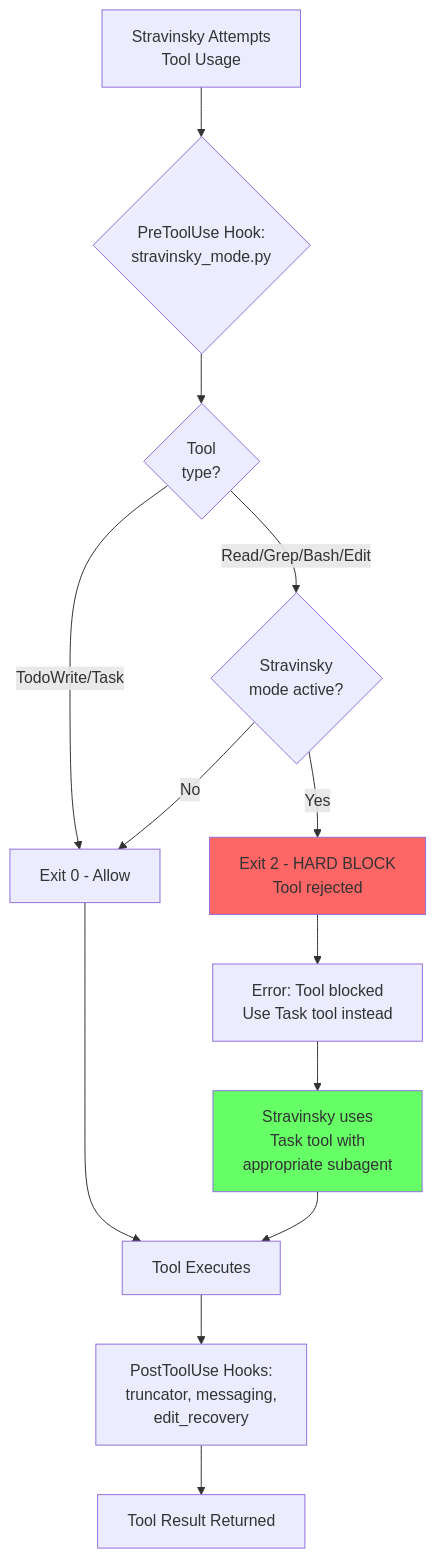
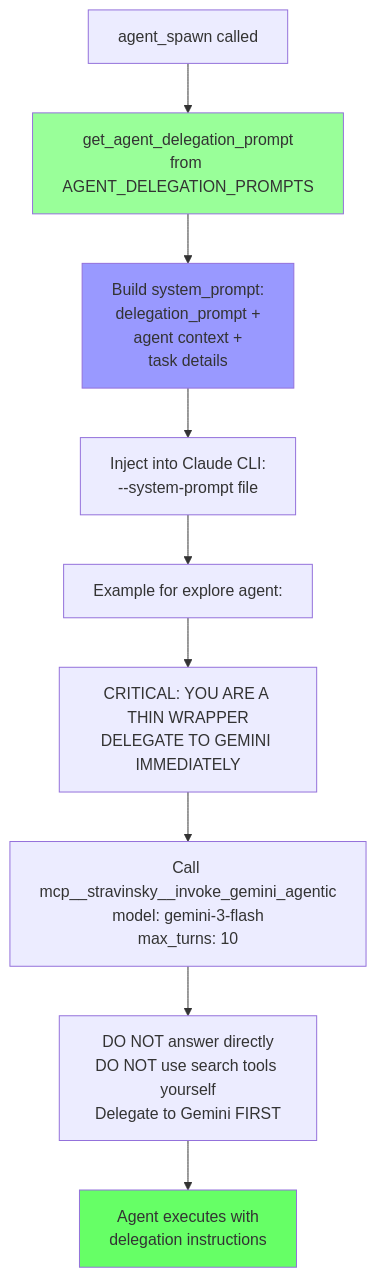
The fourth of 6 diagrams in docs/architecture/AGENT_WORKFLOW.md (GratefulDave/stravinsky), drawn with Mermaid before and after one commit. The commit also changed other lines of this file and 30 other files, not shown here.

First line of the commit message:
docs: comprehensive architecture documentation update for 7-Phase Orchestrator

````diff
--- a/docs/architecture/AGENT_WORKFLOW.md
+++ b/docs/architecture/AGENT_WORKFLOW.md
@@ -103,25 +143,20 @@
 ```mermaid
 flowchart TD
-    ToolAttempt[Stravinsky Attempts<br/>Tool Usage] --> PreHook{PreToolUse Hook:<br/>stravinsky_mode.py}
+    AgentSpawn[agent_spawn called] --> GetPrompt[get_agent_delegation_prompt<br/>from AGENT_DELEGATION_PROMPTS]
 
-    PreHook --> CheckTool{Tool<br/>type?}
+    GetPrompt --> BuildSystem[Build system_prompt:<br/>delegation_prompt +<br/>agent context +<br/>task details]
 
-    CheckTool -->|TodoWrite/Task| AllowTool[Exit 0 - Allow]
-    CheckTool -->|Read/Grep/Bash/Edit| CheckMode{Stravinsky<br/>mode active?}
+    BuildSystem --> InjectPrompt[Inject into Claude CLI:<br/>--system-prompt file]
 
-    CheckMode -->|No| AllowTool
-    CheckMode -->|Yes| BlockTool[Exit 2 - HARD BLOCK<br/>Tool rejected]
+    InjectPrompt --> Example[Example for explore agent:]
 
-    AllowTool --> Execute[Tool Executes]
-    BlockTool --> ErrorMsg[Error: Tool blocked<br/>Use Task tool instead]
+    Example --> E1["CRITICAL: YOU ARE A THIN WRAPPER<br/>DELEGATE TO GEMINI IMMEDIATELY"]
+    E1 --> E2["Call mcp__stravinsky__invoke_gemini_agentic<br/>model: gemini-3-flash<br/>max_turns: 10"]
+    E2 --> E3["DO NOT answer directly<br/>DO NOT use search tools yourself<br/>Delegate to Gemini FIRST"]
 
-    ErrorMsg --> StravCorrect[Stravinsky uses<br/>Task tool with<br/>appropriate subagent]
+    E3 --> Execute[Agent executes with<br/>delegation instructions]
 
-    StravCorrect --> Execute
-    Execute --> PostHooks[PostToolUse Hooks:<br/>truncator, messaging,<br/>edit_recovery]
-
-    PostHooks --> Result[Tool Result Returned]
-
-    style BlockTool fill:#ff6666
-    style StravCorrect fill:#66ff66
+    style GetPrompt fill:#99ff99
+    style BuildSystem fill:#9999ff
+    style Execute fill:#66ff66
 ```
````
